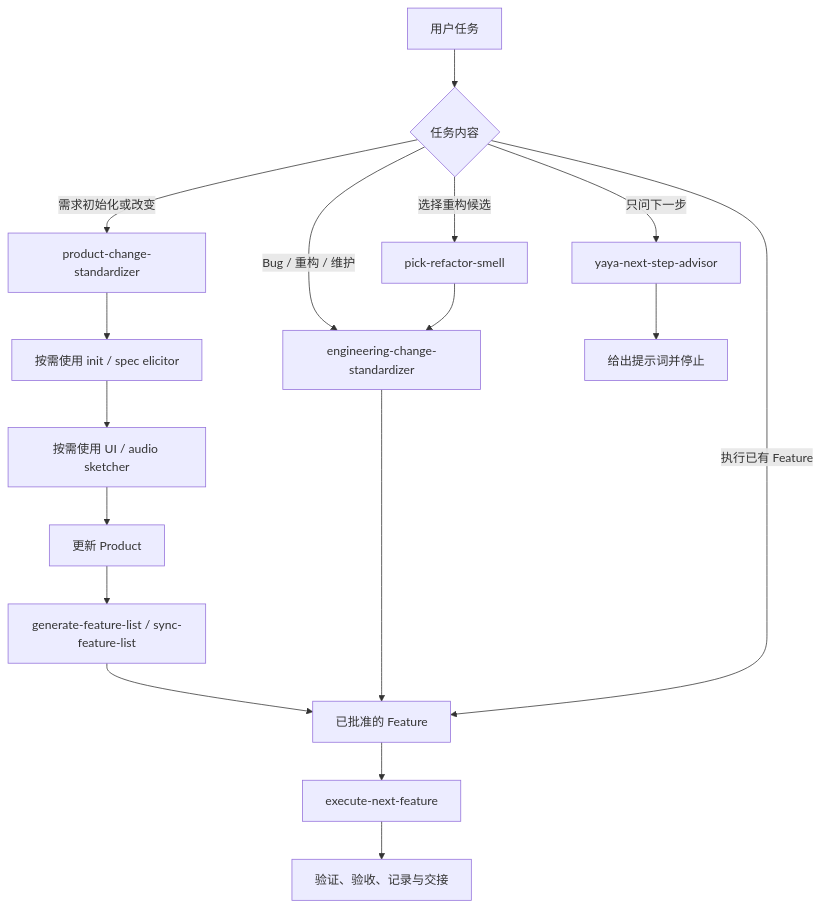
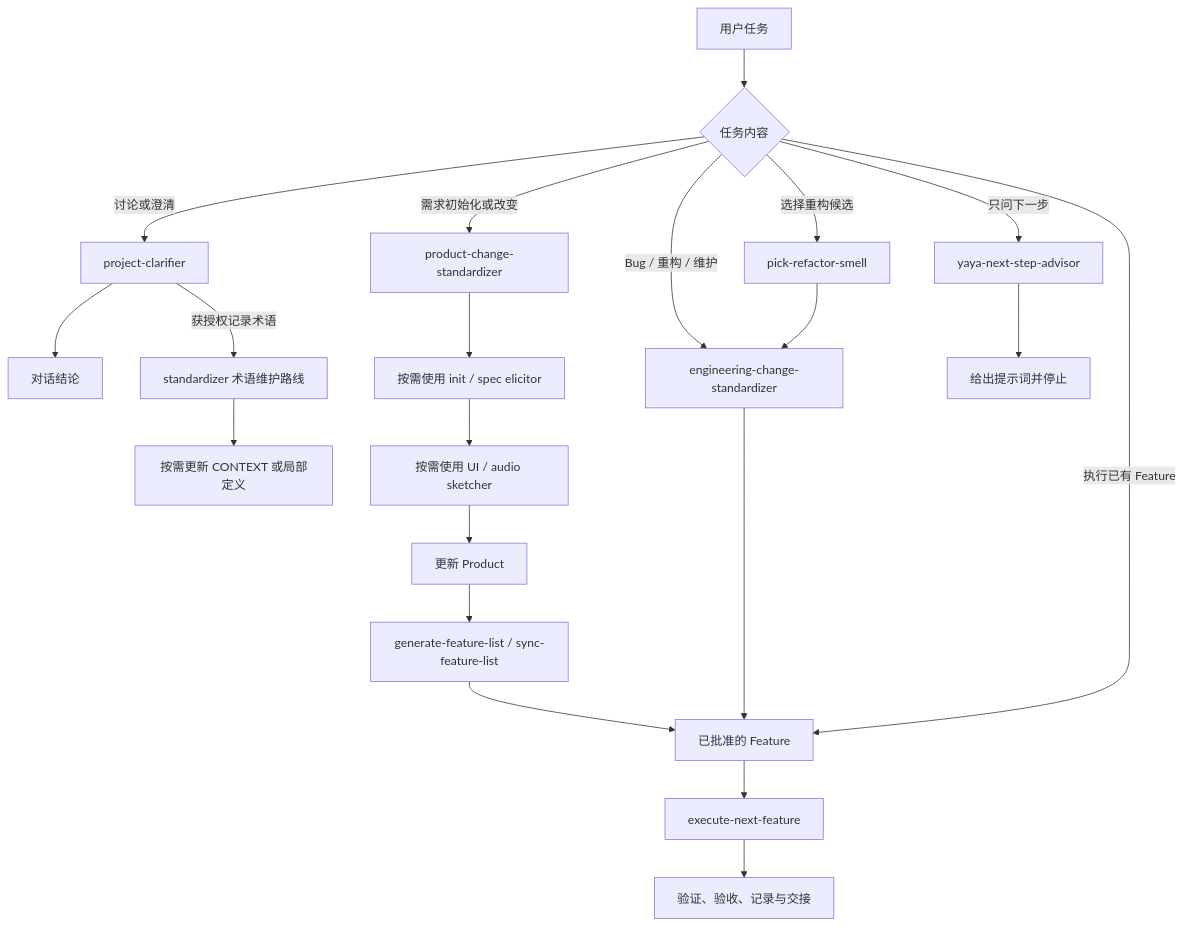
Before and after one commit to yxy823/Game_idle_yaya_frame: the first of 2 diagrams in project-source/Project_README.md, drawn with Mermaid. The commit also changed other lines of this file and 22 other files, not shown here.

````diff
--- a/project-source/Project_README.md
+++ b/project-source/Project_README.md
@@ -49,19 +51,23 @@
 ```mermaid
 flowchart TD
     U[用户任务] --> Q{任务内容}
+    Q -->|讨论或澄清| C[project-clarifier]
+    C --> O[对话结论]
+    C -->|获授权记录术语| T[standardizer 术语维护路线]
+    T --> K[按需更新 CONTEXT 或局部定义]
     Q -->|需求初始化或改变| P[product-change-standardizer]
     P --> I[按需使用 init / spec elicitor]
     I --> V[按需使用 UI / audio sketcher]
     V --> D[更新 Product]
     D --> L[generate-feature-list / sync-feature-list]
     Q -->|Bug / 重构 / 维护| E[engineering-change-standardizer]
     Q -->|选择重构候选| S[pick-refactor-smell]
     S --> E
     Q -->|只问下一步| A[yaya-next-step-advisor]
     A --> H[给出提示词并停止]
     L --> F[已批准的 Feature]
     E --> F
     Q -->|执行已有 Feature| F
     F --> X[execute-next-feature]
     X --> R[验证、验收、记录与交接]
 ```
````
